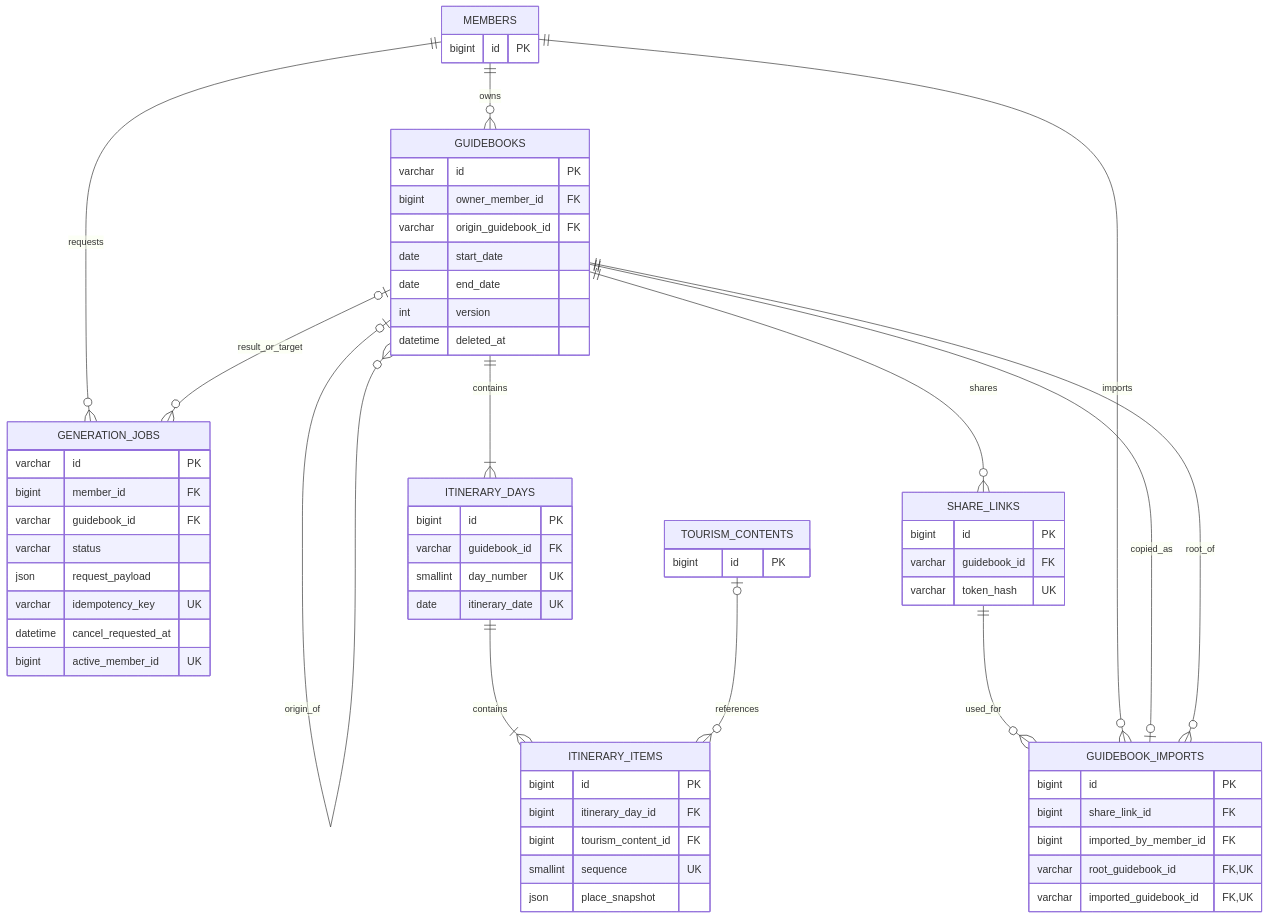
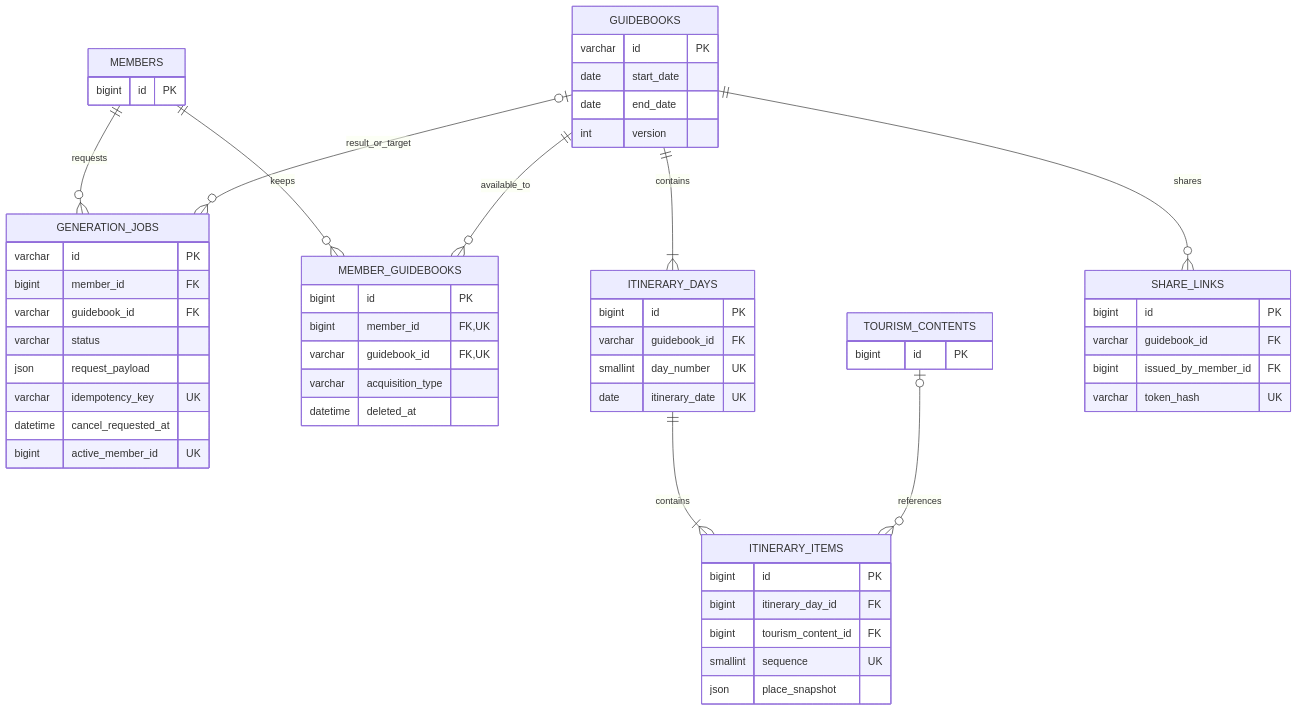
The third of 5 diagrams in docs/ERD_테이블_설계_근거_검토본.md (100-hours-a-week/KTB4-10th-BE), drawn with Mermaid before and after one commit. The commit also changed other lines of this file and 7 other files, not shown here.

```diff
--- a/docs/ERD_테이블_설계_근거_검토본.md
+++ b/docs/ERD_테이블_설계_근거_검토본.md
@@ -185,65 +185,59 @@
 ~~~mermaid
 erDiagram
     MEMBERS ||--o{ GENERATION_JOBS : requests
-    MEMBERS ||--o{ GUIDEBOOKS : owns
-    GUIDEBOOKS o|--o{ GUIDEBOOKS : origin_of
+    MEMBERS ||--o{ MEMBER_GUIDEBOOKS : keeps
+    GUIDEBOOKS ||--o{ MEMBER_GUIDEBOOKS : available_to
     GUIDEBOOKS o|--o{ GENERATION_JOBS : result_or_target
     GUIDEBOOKS ||--|{ ITINERARY_DAYS : contains
     ITINERARY_DAYS ||--|{ ITINERARY_ITEMS : contains
     TOURISM_CONTENTS o|--o{ ITINERARY_ITEMS : references
     GUIDEBOOKS ||--o{ SHARE_LINKS : shares
-    SHARE_LINKS ||--o{ GUIDEBOOK_IMPORTS : used_for
-    MEMBERS ||--o{ GUIDEBOOK_IMPORTS : imports
-    GUIDEBOOKS ||--o| GUIDEBOOK_IMPORTS : copied_as
-    GUIDEBOOKS ||--o{ GUIDEBOOK_IMPORTS : root_of
     GENERATION_JOBS {
         varchar id PK
         bigint member_id FK
         varchar guidebook_id FK
         varchar status
         json request_payload
         varchar idempotency_key UK
         datetime cancel_requested_at
         bigint active_member_id UK
     }
     GUIDEBOOKS {
         varchar id PK
-        bigint owner_member_id FK
-        varchar origin_guidebook_id FK
         date start_date
         date end_date
         int version
+    }
+    MEMBER_GUIDEBOOKS {
+        bigint id PK
+        bigint member_id FK,UK
+        varchar guidebook_id FK,UK
+        varchar acquisition_type
         datetime deleted_at
     }
     ITINERARY_DAYS {
         bigint id PK
         varchar guidebook_id FK
         smallint day_number UK
         date itinerary_date UK
     }
     ITINERARY_ITEMS {
         bigint id PK
         bigint itinerary_day_id FK
         bigint tourism_content_id FK
         smallint sequence UK
         json place_snapshot
     }
     SHARE_LINKS {
         bigint id PK
         varchar guidebook_id FK
+        bigint issued_by_member_id FK
         varchar token_hash UK
-    }
-    GUIDEBOOK_IMPORTS {
-        bigint id PK
-        bigint share_link_id FK
-        bigint imported_by_member_id FK
-        varchar root_guidebook_id FK,UK
-        varchar imported_guidebook_id FK,UK
     }
     MEMBERS {
         bigint id PK
     }
     TOURISM_CONTENTS {
         bigint id PK
     }
 ~~~
```
